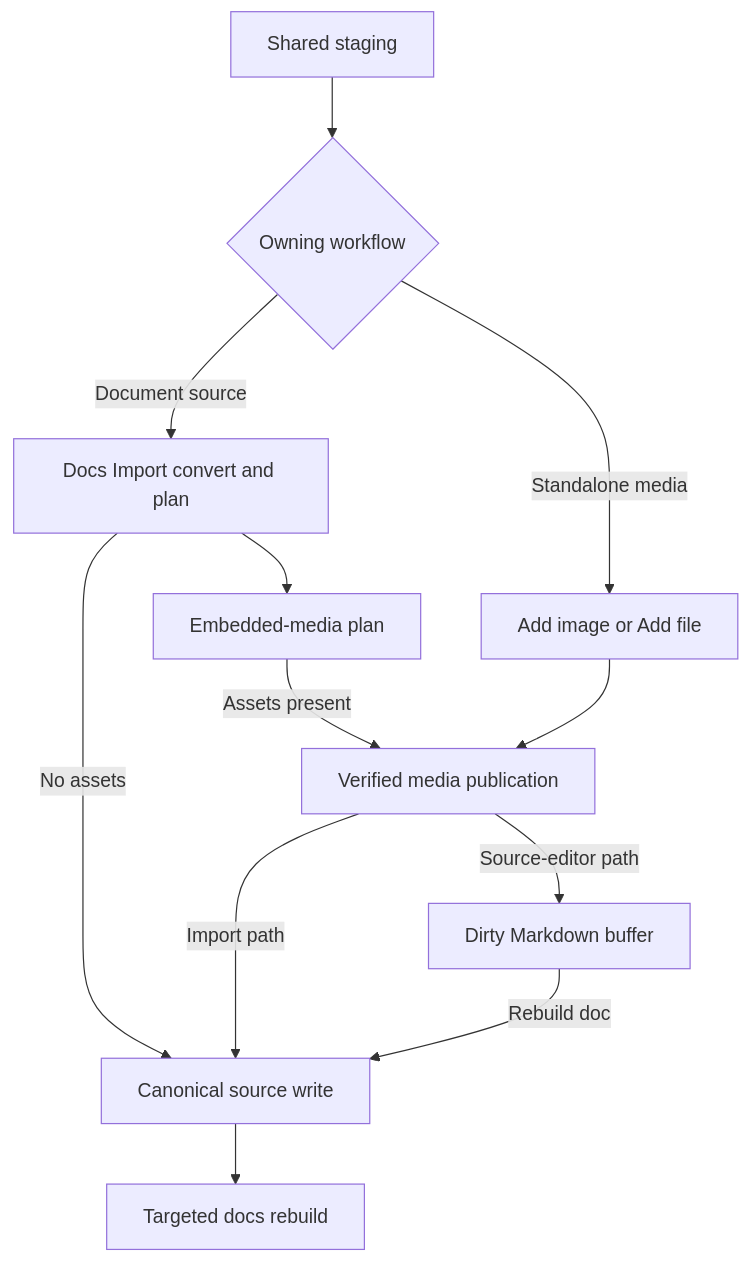
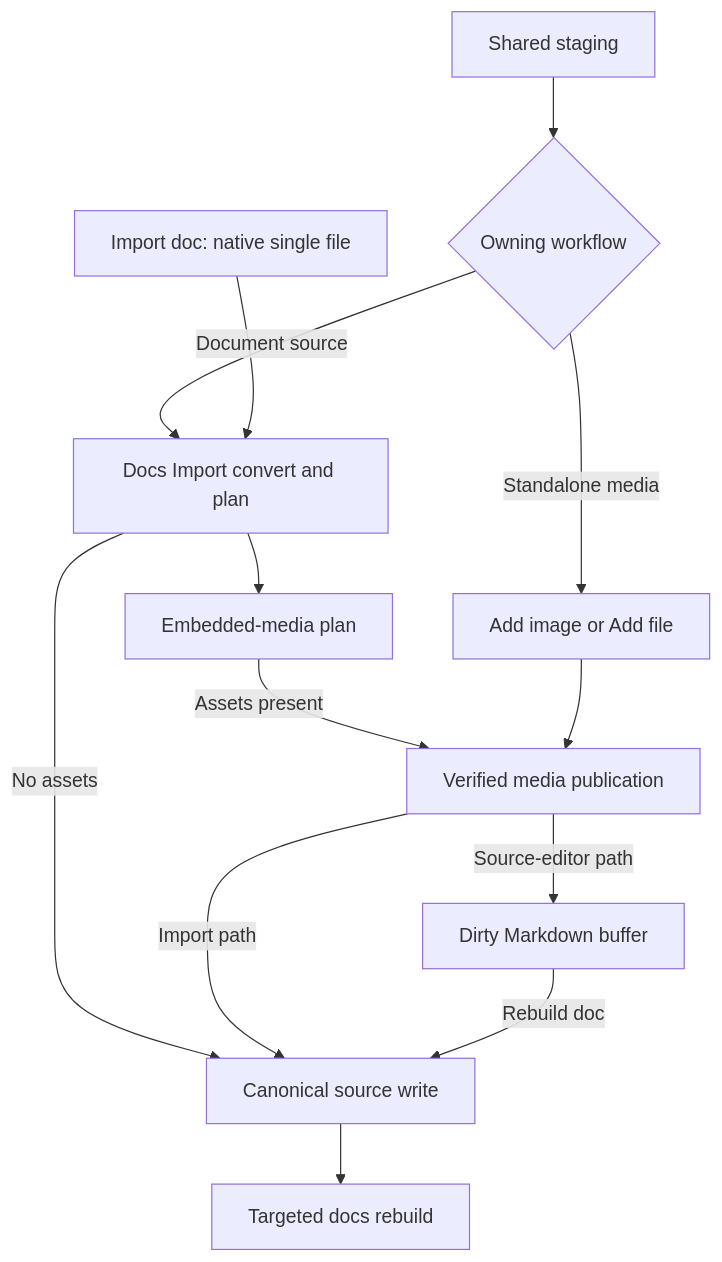
Before and after one commit to dotlineform/dotlineform-site: the diagram in documentation/studio/Docs_Import.md, drawn with Mermaid. The commit also changed other lines of this file and 35 other files, not shown here.

Commit message:
new 'Import doc' for single doc imports using native file picker

````diff
--- a/documentation/studio/Docs_Import.md
+++ b/documentation/studio/Docs_Import.md
@@ -19,27 +29,29 @@
 ```mermaid
 flowchart TD
     accTitle: Docs Import and source-editor media boundaries
     accDescr: Staged document sources and standalone media take separate workflows, but both publish required media before canonical source is written and rebuilt.
 
     staging["Shared staging"]
+    native["Import doc: native single file"]
     classify{"Owning workflow"}
     import["Docs Import convert and plan"]
     embedded["Embedded-media plan"]
     editor["Add image or Add file"]
     publish["Verified media publication"]
     buffer["Dirty Markdown buffer"]
     source["Canonical source write"]
     rebuild["Targeted docs rebuild"]
 
     staging --> classify
     classify -- "Document source" --> import
+    native --> import
     import --> embedded
     embedded -- "Assets present" --> publish
     import -- "No assets" --> source
     publish -- "Import path" --> source
     classify -- "Standalone media" --> editor
     editor --> publish
     publish -- "Source-editor path" --> buffer
     buffer -- "Rebuild doc" --> source
     source --> rebuild
 ```
````
